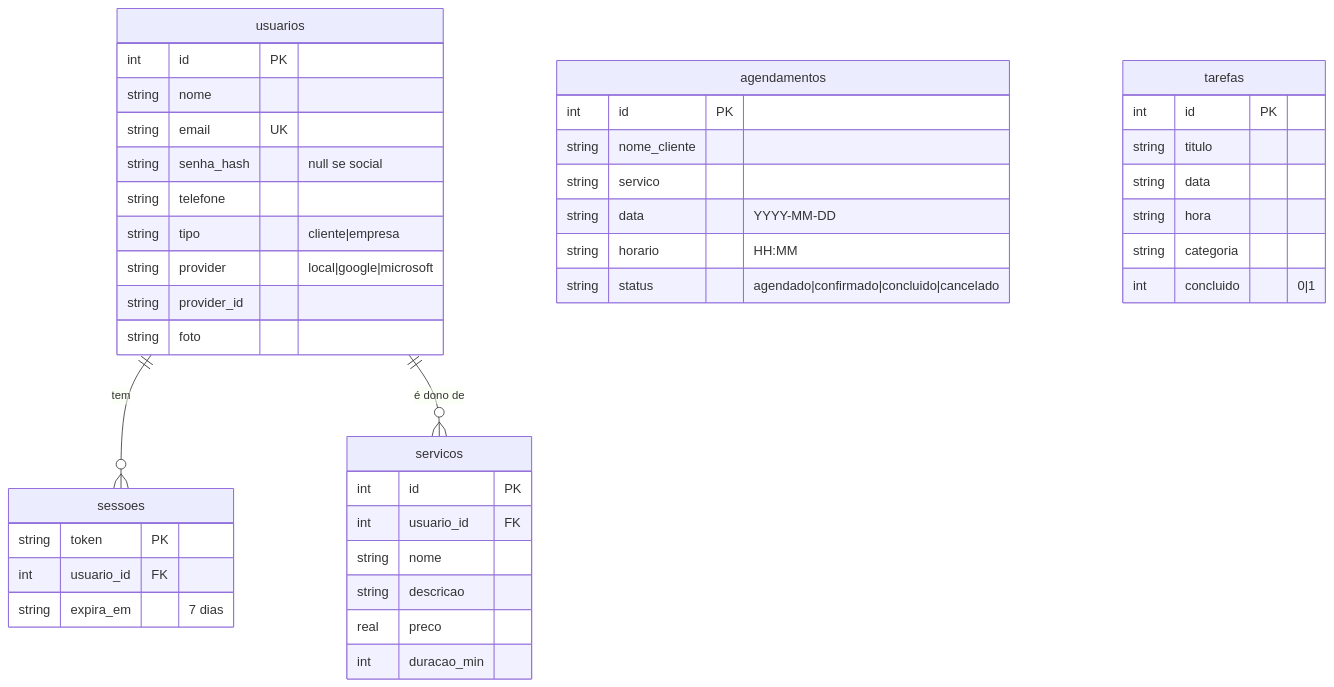
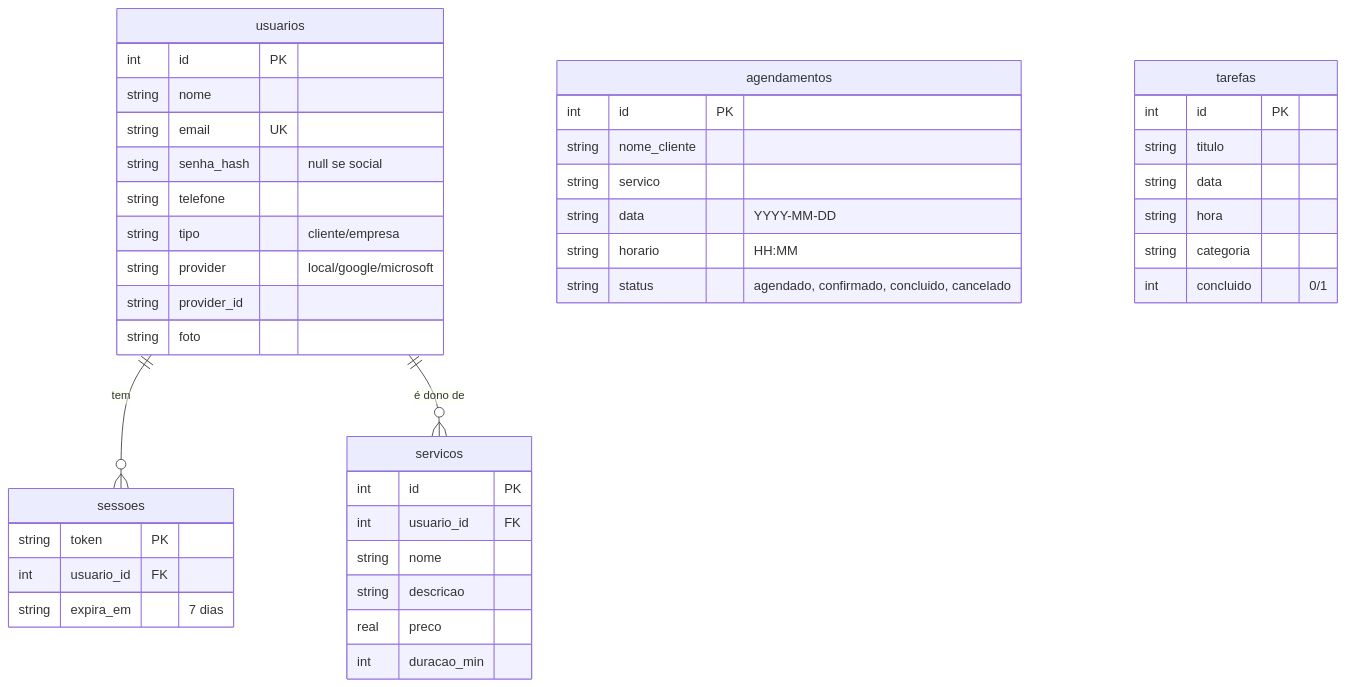
Before and after one commit to mateusACM/SAOPS: the second of 9 diagrams in DIAGRAMAS.md, drawn with Mermaid. The commit also changed other lines of this file, not shown here.

First line of the commit message:
Corrige sintaxe Mermaid do DIAGRAMAS.md

````diff
--- a/DIAGRAMAS.md
+++ b/DIAGRAMAS.md
@@ -41,45 +44,45 @@
 ```mermaid
 erDiagram
     usuarios ||--o{ sessoes : "tem"
     usuarios ||--o{ servicos : "é dono de"
     usuarios {
         int id PK
         string nome
         string email UK
         string senha_hash "null se social"
         string telefone
-        string tipo "cliente|empresa"
-        string provider "local|google|microsoft"
+        string tipo "cliente/empresa"
+        string provider "local/google/microsoft"
         string provider_id
         string foto
     }
     sessoes {
         string token PK
         int usuario_id FK
         string expira_em "7 dias"
     }
     servicos {
         int id PK
         int usuario_id FK
         string nome
         string descricao
         real preco
         int duracao_min
     }
     agendamentos {
         int id PK
         string nome_cliente
         string servico
         string data "YYYY-MM-DD"
         string horario "HH:MM"
-        string status "agendado|confirmado|concluido|cancelado"
+        string status "agendado, confirmado, concluido, cancelado"
     }
     tarefas {
         int id PK
         string titulo
         string data
         string hora
         string categoria
-        int concluido "0|1"
+        int concluido "0/1"
     }
 ```
````
